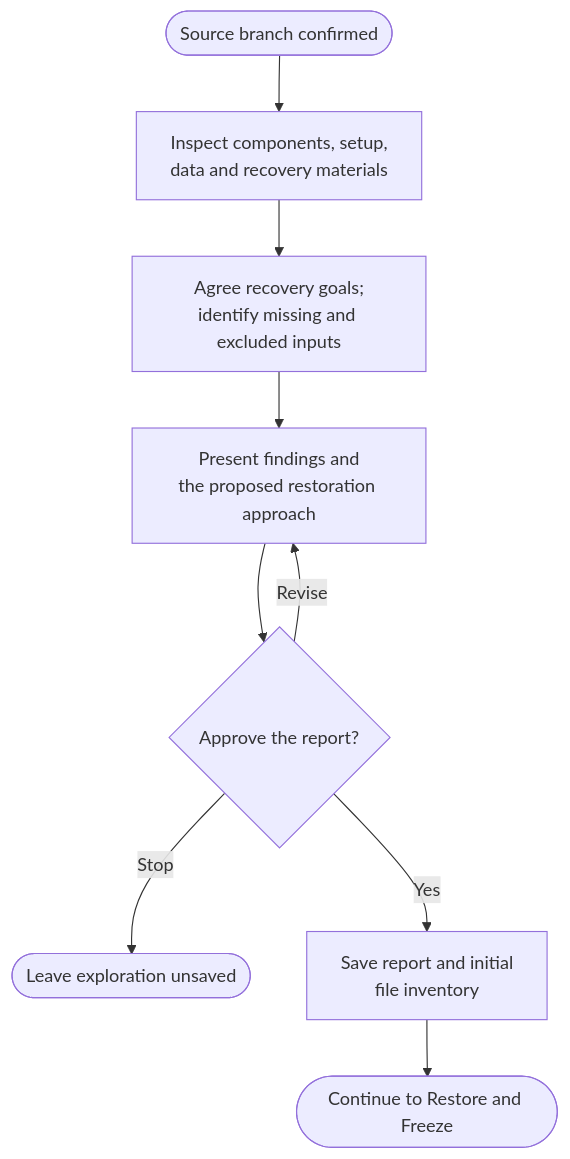
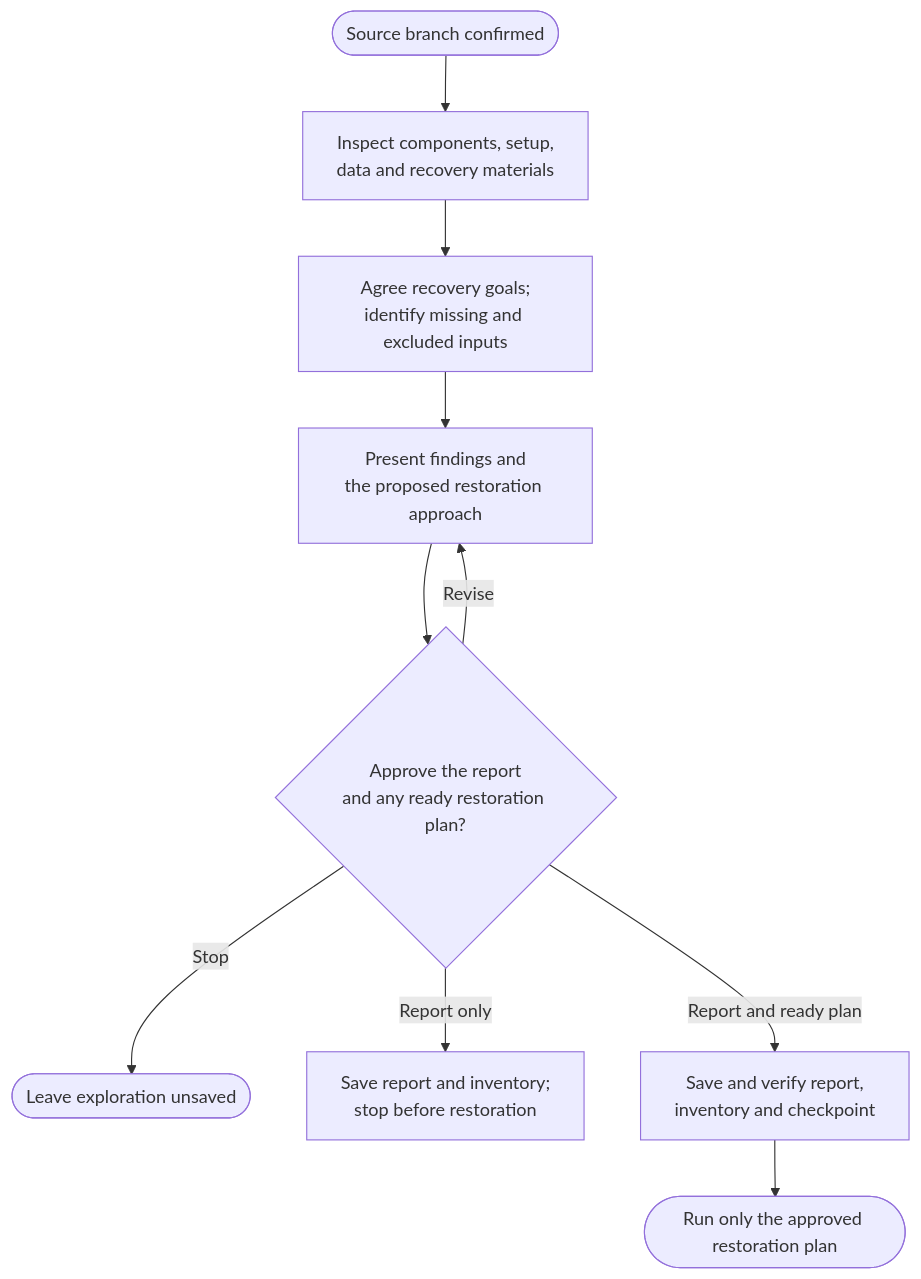
One commit to myowinthein/agent-helm changed the diagram in docs/commands/archive/1-explore/detailed.md. Above: the diagram before and after it, drawn with Mermaid. The commit also changed other lines of this file and 37 other files, not shown here.

````diff
--- a/docs/commands/archive/1-explore/detailed.md
+++ b/docs/commands/archive/1-explore/detailed.md
@@ -23,11 +23,12 @@
 ```mermaid
 flowchart TD
   Start(["Source branch confirmed"]) --> Inventory["Inspect components, setup,<br/>data and recovery materials"]
   Inventory --> Scope["Agree recovery goals;<br/>identify missing and excluded inputs"]
   Scope --> Report["Present findings and<br/>the proposed restoration approach"]
-  Report --> Approval{"Approve the report?"}
+  Report --> Approval{"Approve the report<br/>and any ready restoration plan?"}
   Approval -->|Revise| Report
   Approval -->|Stop| End(["Leave exploration unsaved"])
-  Approval -->|Yes| Save["Save report and initial<br/>file inventory"]
-  Save --> Next(["Continue to Restore and Freeze"])
+  Approval -->|Report only| Saved["Save report and inventory;<br/>stop before restoration"]
+  Approval -->|Report and ready plan| Save["Save and verify report,<br/>inventory and checkpoint"]
+  Save --> Next(["Run only the approved restoration plan"])
 ```
````
